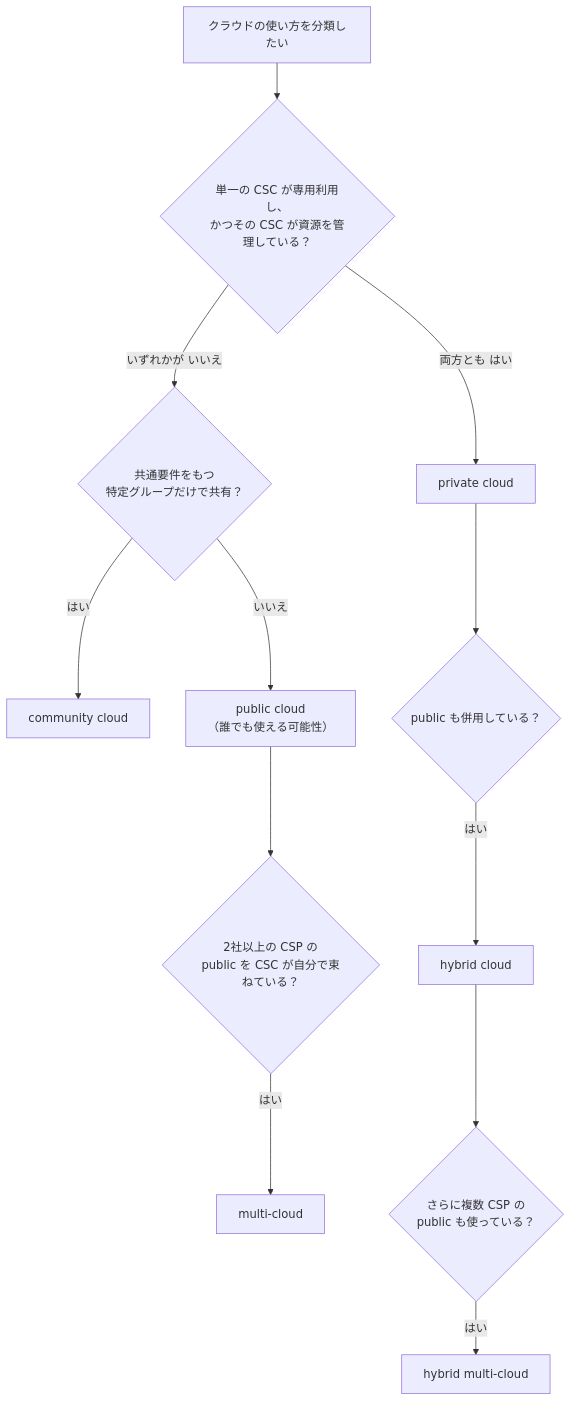
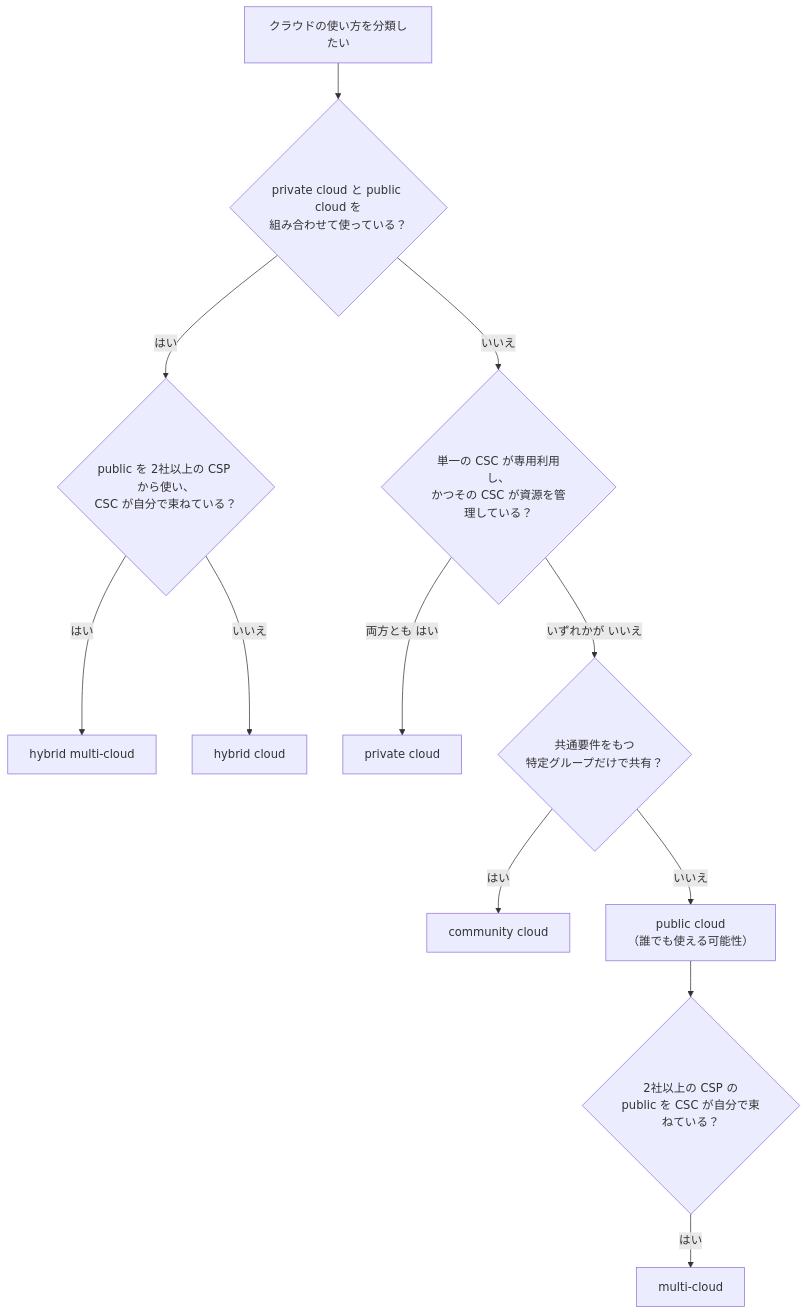
One commit to myoshi2891/Cloud-Infrastructure-and-Network-Studies changed the fifth of 15 diagrams in Iso-iec-22123-1-2023-guide.md. Above: the diagram before and after it, drawn with Mermaid. The commit also changed 2 other files, not shown here.

Commit message:
docs(iso22123): clarify deployment models, CSU scope, and legacy standard status

````diff
--- a/Iso-iec-22123-1-2023-guide.md
+++ b/Iso-iec-22123-1-2023-guide.md
@@ -224,14 +224,14 @@
 ```mermaid
 flowchart TD
-    S["クラウドの使い方を分類したい"] --> Q1{"単一の CSC が専用利用し、<br/>かつその CSC が資源を管理している？"}
+    S["クラウドの使い方を分類したい"] --> Q0{"private cloud と public cloud を<br/>組み合わせて使っている？"}
+    Q0 -->|"はい"| Q5{"public を 2社以上の CSP から使い、<br/>CSC が自分で束ねている？"}
+    Q5 -->|"はい"| HMC["hybrid multi-cloud"]
+    Q5 -->|"いいえ"| HYB["hybrid cloud"]
+    Q0 -->|"いいえ"| Q1{"単一の CSC が専用利用し、<br/>かつその CSC が資源を管理している？"}
     Q1 -->|"両方とも はい"| PRI["private cloud"]
     Q1 -->|"いずれかが いいえ"| Q2{"共通要件をもつ<br/>特定グループだけで共有？"}
     Q2 -->|"はい"| COM["community cloud"]
     Q2 -->|"いいえ"| PUB["public cloud<br/>（誰でも使える可能性）"]
-    PRI --> Q3{"public も併用している？"}
     PUB --> Q4{"2社以上の CSP の<br/>public を CSC が自分で束ねている？"}
-    Q3 -->|"はい"| HYB["hybrid cloud"]
     Q4 -->|"はい"| MUL["multi-cloud"]
-    HYB --> Q5{"さらに複数 CSP の<br/>public も使っている？"}
-    Q5 -->|"はい"| HMC["hybrid multi-cloud"]
 ```
````
